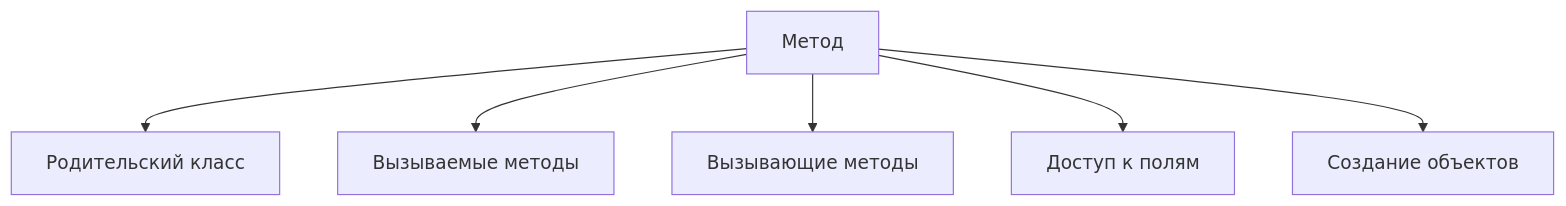
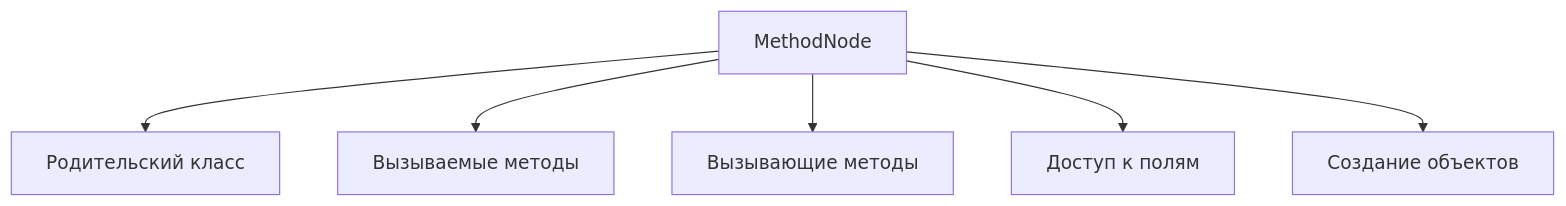
The third of 4 diagrams in src/main/java/twin/spring/report/AGENTS.md (Lezhik/SpringTwin), drawn with Mermaid before and after one commit. The commit also changed other lines of this file and 73 other files, not shown here.

Commit message:
Sprint 1: Project Setup: Test architecture

````diff
--- a/src/main/java/twin/spring/report/AGENTS.md
+++ b/src/main/java/twin/spring/report/AGENTS.md
@@ -77,8 +77,8 @@
 ```mermaid
 graph TD
-    Method[Метод] --> ParentClass[Родительский класс]
-    Method --> Calls[Вызываемые методы]
-    Method --> CalledBy[Вызывающие методы]
-    Method --> FieldAccess[Доступ к полям]
-    Method --> Instantiations[Создание объектов]
+    MethodNode[MethodNode] --> ParentClass[Родительский класс]
+    MethodNode --> Calls[Вызываемые методы]
+    MethodNode --> CalledBy[Вызывающие методы]
+    MethodNode --> FieldAccess[Доступ к полям]
+    MethodNode --> Instantiations[Создание объектов]
 ```
````
